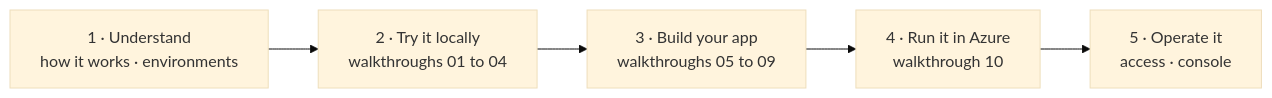
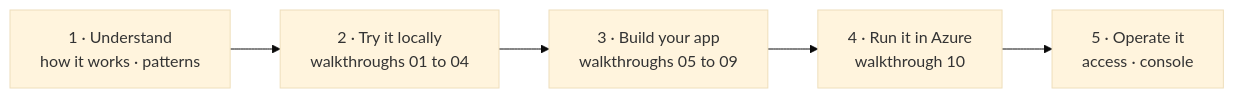
The diagram in docs/README.md (patniko/managed-copilot-sdk), drawn with Mermaid (base theme) before and after one commit. The commit also changed other lines of this file and 13 other files, not shown here.

````diff
--- a/docs/README.md
+++ b/docs/README.md
@@ -7,7 +7,7 @@
 ```mermaid
 flowchart LR
-  U["1 · Understand<br/>how it works · environments"] --> T["2 · Try it locally<br/>walkthroughs 01 to 04"]
+  U["1 · Understand<br/>how it works · patterns"] --> T["2 · Try it locally<br/>walkthroughs 01 to 04"]
   T --> B["3 · Build your app<br/>walkthroughs 05 to 09"]
   B --> Z["4 · Run it in Azure<br/>walkthrough 10"]
   Z --> O["5 · Operate it<br/>access · console"]
 ```
````
